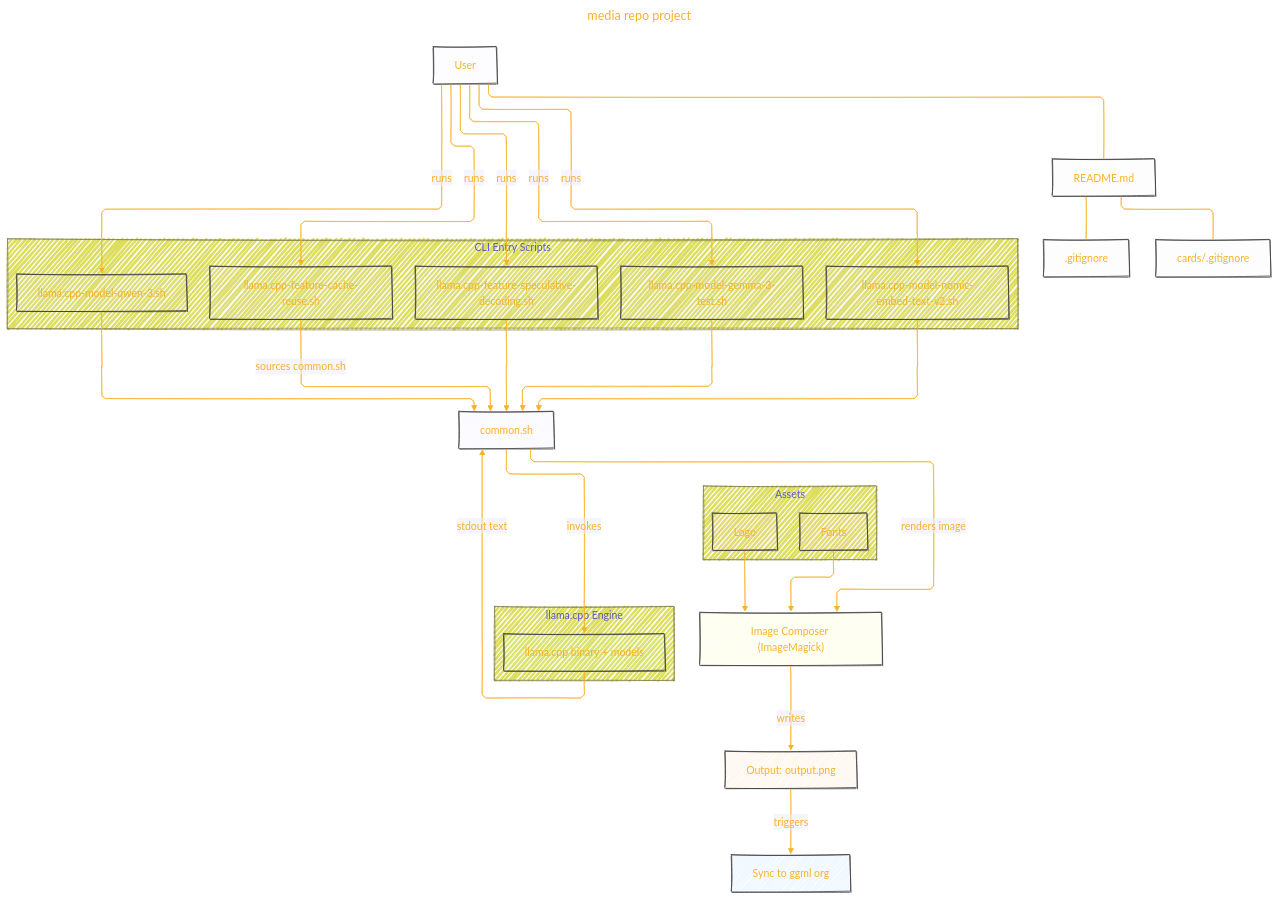
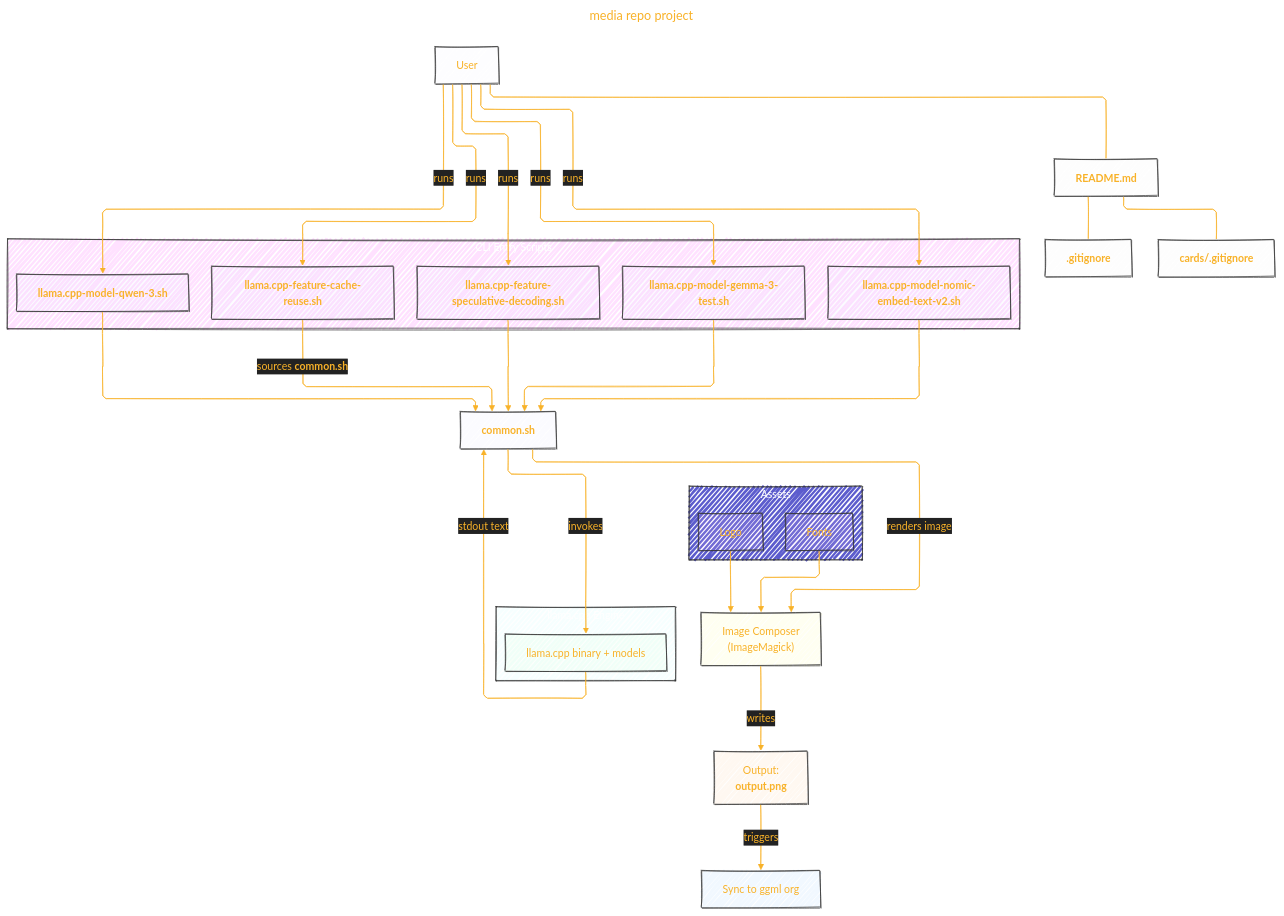
One commit to CongLeSolutionX/Synthetic-Zooniverse changed the first of 2 diagrams in GGML_ORG/GitHub_repo_projects/media.md. Above: the diagram before and after it, drawn with Mermaid.

Commit message:
update notes

```diff
--- a/GGML_ORG/GitHub_repo_projects/media.md
+++ b/GGML_ORG/GitHub_repo_projects/media.md
@@ -66,7 +66,7 @@
       'primaryTextColor': '#F8B229',
       'lineColor': '#F8B229',
       'primaryBorderColor': '#27AE60',
-      'secondaryColor': '#EEF2',
+      'secondaryColor': '#222',
       'secondaryTextColor': '#6C3483',
       'secondaryBorderColor': '#A569BD',
       'fontSize': '15px'
@@ -78,34 +78,35 @@
     User["User"]:::user
 
     %% Documentation
-    doc["README.md"]:::doc
-    gitignore1[".gitignore"]:::doc
-    gitignore2["cards/.gitignore"]:::doc
+    doc["<b>README.md</b>"]:::doc
+    gitignore1["<b>.gitignore</b>"]:::doc
+    gitignore2["<b>cards/.gitignore</b>"]:::doc
 
-    %% CLI Entry Scripts
-    subgraph "CLI Entry Scripts"
-        script1["llama.cpp-feature-cache-reuse.sh"]:::script
-        script2["llama.cpp-feature-speculative-decoding.sh"]:::script
-        script3["llama.cpp-model-gemma-3-test.sh"]:::script
-        script4["llama.cpp-model-nomic-embed-text-v2.sh"]:::script
-        script5["llama.cpp-model-qwen-3.sh"]:::script
+    subgraph CLI_Entry_Scripts["CLI Entry Scripts"]
+    style CLI_Entry_Scripts fill:#F2F2,stroke:#333,stroke-width:1px, color: #FFFF
+        script1["<b>llama.cpp-feature-cache-reuse.sh</b>"]:::script
+        script2["<b>llama.cpp-feature-speculative-decoding.sh</b>"]:::script
+        script3["<b>llama.cpp-model-gemma-3-test.sh</b>"]:::script
+        script4["<b>llama.cpp-model-nomic-embed-text-v2.sh</b>"]:::script
+        script5["<b>llama.cpp-model-qwen-3.sh</b>"]:::script
     end
 
-    common["common.sh"]:::script
+    common["<b>common.sh</b>"]:::script
 
-    %% Engine
-    subgraph "llama.cpp Engine"
-        engine["llama.cpp binary + models"]:::engine
+    subgraph llama_cpp_Engine["llama.cpp Engine"]
+    style llama_cpp_Engine fill:#BFF2,stroke:#333,stroke-width:1px, color: #FFFF
+      engine["llama.cpp binary + models"]:::engine
     end
 
     %% Assets
-    subgraph "Assets"
+    subgraph Assets["Assets"]
+    style Assets fill:#22BB,stroke:#333,stroke-width:1px, color: #FFFF
         fonts["Fonts"]:::asset
         logo["Logo"]:::asset
     end
 
-    composer["Image Composer (ImageMagick)"]:::process
-    output["Output: output.png"]:::output
+    composer["Image Composer<br/>(ImageMagick)"]:::process
+    output["Output:<br/><b>output.png</b>"]:::output
     sync["Sync to ggml org"]:::sync
 
     %% Flow
@@ -115,7 +116,7 @@
     User -->|runs| script4
     User -->|runs| script5
 
-    script1 -->|"sources common.sh"| common
+    script1 -->|"sources <b>common.sh</b>"| common
     script2 --> common
     script3 --> common
     script4 --> common
```
